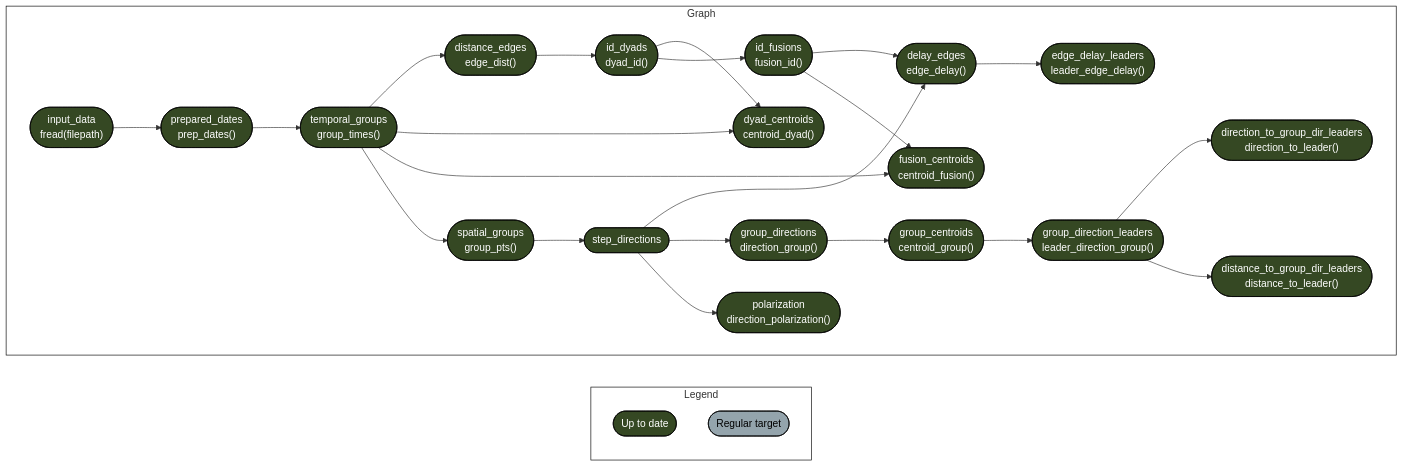
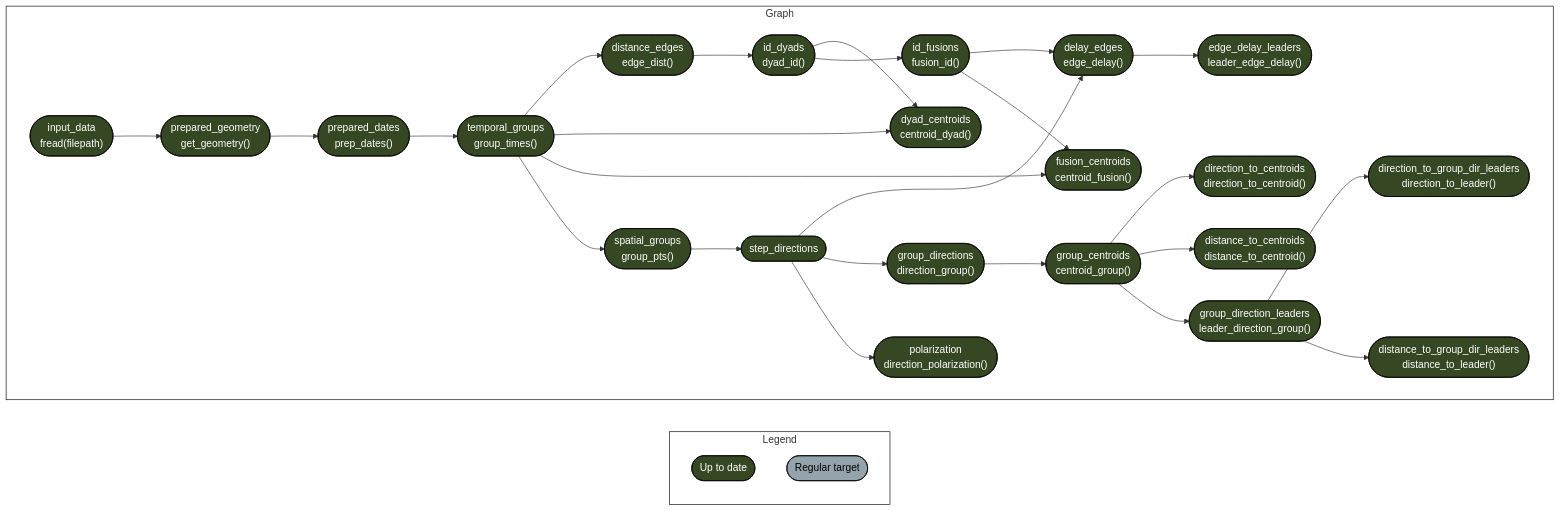
One commit to robitalec/targets-spatsoc-intragroup-dynamics changed the diagram in README.md. Above: the diagram before and after it, drawn with Mermaid.

````diff
--- a/README.md
+++ b/README.md
@@ -10,35 +10,38 @@
 ``` mermaid
 graph LR
   style Legend fill:#FFFFFF00,stroke:#000000;
   style Graph fill:#FFFFFF00,stroke:#000000;
   subgraph Legend
     xf1522833a4d242c5(["Up to date"]):::uptodate
     xd03d7c7dd2ddda2b(["Regular target"]):::none
   end
   subgraph Graph
     direction LR
+    x11880ed5069abb8c(["id_fusions<br>fusion_id()"]):::uptodate --> x3beb570a7cf0e1dc(["delay_edges<br>edge_delay()"]):::uptodate
     x346d09d418e9b158(["step_directions"]):::uptodate --> x3beb570a7cf0e1dc(["delay_edges<br>edge_delay()"]):::uptodate
-    x11880ed5069abb8c(["id_fusions<br>fusion_id()"]):::uptodate --> x3beb570a7cf0e1dc(["delay_edges<br>edge_delay()"]):::uptodate
+    x6ba603f6e8293383(["group_centroids<br>centroid_group()"]):::uptodate --> x680328a354ce8bff(["direction_to_centroids<br>direction_to_centroid()"]):::uptodate
     xb817b55e688fdfc3(["group_direction_leaders<br>leader_direction_group()"]):::uptodate --> x82786d09c0fcc8be(["direction_to_group_dir_leaders<br>direction_to_leader()"]):::uptodate
     x1faf6e798011c143(["temporal_groups<br>group_times()"]):::uptodate --> x365b64b036e1db58(["distance_edges<br>edge_dist()"]):::uptodate
+    x6ba603f6e8293383(["group_centroids<br>centroid_group()"]):::uptodate --> x24bed789ce236423(["distance_to_centroids<br>distance_to_centroid()"]):::uptodate
     xb817b55e688fdfc3(["group_direction_leaders<br>leader_direction_group()"]):::uptodate --> xa036b69b269981da(["distance_to_group_dir_leaders<br>distance_to_leader()"]):::uptodate
     xd1855d56aaab0158(["id_dyads<br>dyad_id()"]):::uptodate --> x884798be03ef20d0(["dyad_centroids<br>centroid_dyad()"]):::uptodate
     x1faf6e798011c143(["temporal_groups<br>group_times()"]):::uptodate --> x884798be03ef20d0(["dyad_centroids<br>centroid_dyad()"]):::uptodate
     x3beb570a7cf0e1dc(["delay_edges<br>edge_delay()"]):::uptodate --> x994414e4774e3751(["edge_delay_leaders<br>leader_edge_delay()"]):::uptodate
+    x1faf6e798011c143(["temporal_groups<br>group_times()"]):::uptodate --> x25d985acde8f25cc(["fusion_centroids<br>centroid_fusion()"]):::uptodate
     x11880ed5069abb8c(["id_fusions<br>fusion_id()"]):::uptodate --> x25d985acde8f25cc(["fusion_centroids<br>centroid_fusion()"]):::uptodate
-    x1faf6e798011c143(["temporal_groups<br>group_times()"]):::uptodate --> x25d985acde8f25cc(["fusion_centroids<br>centroid_fusion()"]):::uptodate
     x1073df0072bfb123(["group_directions<br>direction_group()"]):::uptodate --> x6ba603f6e8293383(["group_centroids<br>centroid_group()"]):::uptodate
     x6ba603f6e8293383(["group_centroids<br>centroid_group()"]):::uptodate --> xb817b55e688fdfc3(["group_direction_leaders<br>leader_direction_group()"]):::uptodate
     x346d09d418e9b158(["step_directions"]):::uptodate --> x1073df0072bfb123(["group_directions<br>direction_group()"]):::uptodate
     x365b64b036e1db58(["distance_edges<br>edge_dist()"]):::uptodate --> xd1855d56aaab0158(["id_dyads<br>dyad_id()"]):::uptodate
     xd1855d56aaab0158(["id_dyads<br>dyad_id()"]):::uptodate --> x11880ed5069abb8c(["id_fusions<br>fusion_id()"]):::uptodate
     x346d09d418e9b158(["step_directions"]):::uptodate --> x834929c790cf2d7b(["polarization<br>direction_polarization()"]):::uptodate
-    x769da6568e9cd872(["input_data<br>fread(filepath)"]):::uptodate --> x74f74fb4673261e6(["prepared_dates<br>prep_dates()"]):::uptodate
+    x93f130c6adab4dbb(["prepared_geometry<br>get_geometry()"]):::uptodate --> x74f74fb4673261e6(["prepared_dates<br>prep_dates()"]):::uptodate
+    x769da6568e9cd872(["input_data<br>fread(filepath)"]):::uptodate --> x93f130c6adab4dbb(["prepared_geometry<br>get_geometry()"]):::uptodate
     x1faf6e798011c143(["temporal_groups<br>group_times()"]):::uptodate --> x788f41fdc4e37558(["spatial_groups<br>group_pts()"]):::uptodate
     x788f41fdc4e37558(["spatial_groups<br>group_pts()"]):::uptodate --> x346d09d418e9b158(["step_directions"]):::uptodate
     x74f74fb4673261e6(["prepared_dates<br>prep_dates()"]):::uptodate --> x1faf6e798011c143(["temporal_groups<br>group_times()"]):::uptodate
     
   end
   classDef uptodate stroke:#000000,color:#ffffff,fill:#354823;
   classDef none stroke:#000000,color:#000000,fill:#94a4ac;
 ```
````
